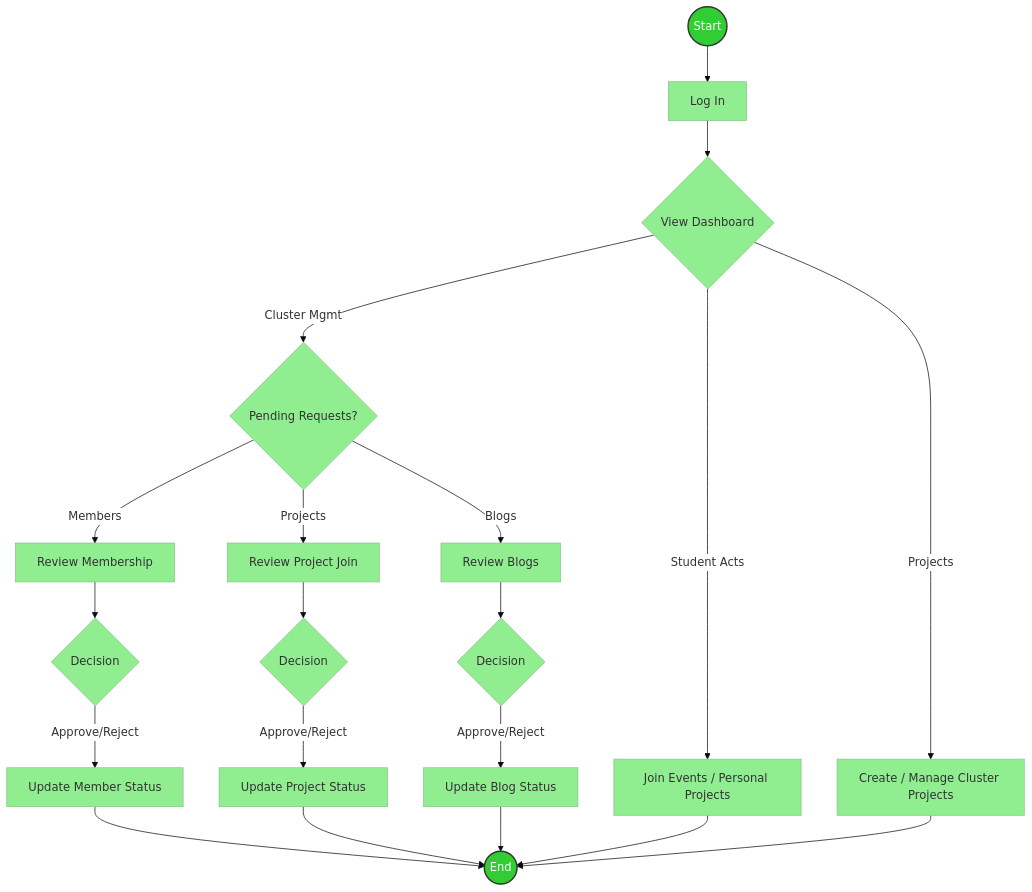
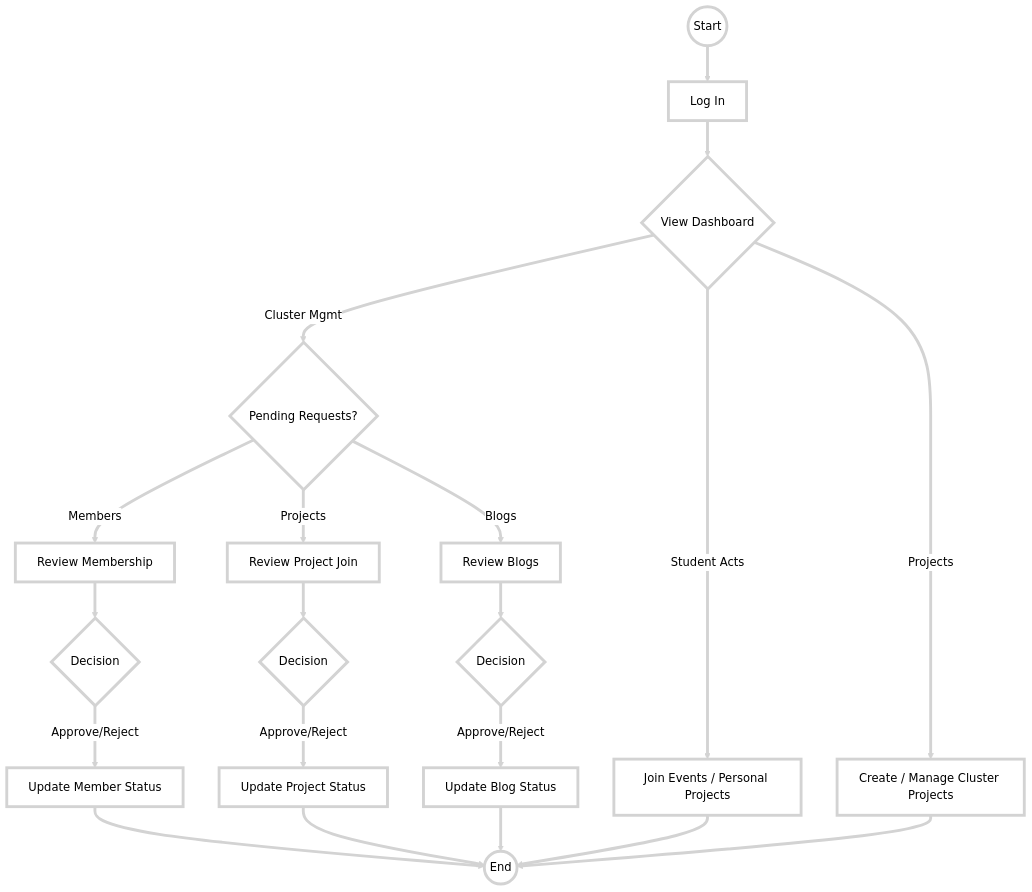
The second of 2 diagrams in app/dashboard/lead/README.md (devstudentspace/fyb.swebuk), drawn with Mermaid before and after one commit. The commit also changed 4 other files, not shown here.

Commit message:
Node Fills: Set to pure white (#ffffff).    - Lines (Arrows & Borders): Set to a light grey color (#d3d3d3).    - Thickness: Increased the stroke-width to 4px for all nodes and connecting lines to make them stand      out.

````diff
--- a/app/dashboard/lead/README.md
+++ b/app/dashboard/lead/README.md
@@ -78,31 +78,34 @@
 ```mermaid
-%%{init: {'theme': 'base', 'themeVariables': { 'primaryColor': '#90EE90', 'edgeLabelBackground':'#ffffff', 'tertiaryColor': '#f4f4f4'}}}%%
+%%{init: {'theme': 'base', 'themeVariables': { 'mainBkg': '#ffffff', 'primaryColor': '#ffffff', 'primaryTextColor': '#000000', 'primaryBorderColor': '#d3d3d3', 'lineColor': '#d3d3d3'}}}%%
 flowchart TD
+    classDef default fill:#ffffff,stroke:#d3d3d3,stroke-width:4px,color:#000;
+    linkStyle default stroke:#d3d3d3,stroke-width:4px;
+
     Start((Start)) --> Login[Log In]
     Login --> Dash{View Dashboard}
     
     Dash -->|Cluster Mgmt| CheckReq{Pending Requests?}
     Dash -->|Projects| ManageProj[Create / Manage Cluster Projects]
     Dash -->|Student Acts| StudentActs[Join Events / Personal Projects]
     
     CheckReq -->|Members| ReviewMem[Review Membership]
     CheckReq -->|Projects| ReviewProj[Review Project Join]
     CheckReq -->|Blogs| ReviewBlog[Review Blogs]
     
     ReviewMem --> DecMem{Decision}
     ReviewProj --> DecProj{Decision}
     ReviewBlog --> DecBlog{Decision}
     
     DecMem -->|Approve/Reject| DoneMem[Update Member Status]
     DecProj -->|Approve/Reject| DoneProj[Update Project Status]
     DecBlog -->|Approve/Reject| DoneBlog[Update Blog Status]
     
     DoneMem --> End((End))
     DoneProj --> End
     DoneBlog --> End
     StudentActs --> End
     ManageProj --> End
     
-    style Start fill:#32CD32,stroke:#333,stroke-width:2px,color:white
-    style End fill:#32CD32,stroke:#333,stroke-width:2px,color:white
+    style Start fill:#ffffff,stroke:#d3d3d3,stroke-width:4px
+    style End fill:#ffffff,stroke:#d3d3d3,stroke-width:4px
 ```
````
